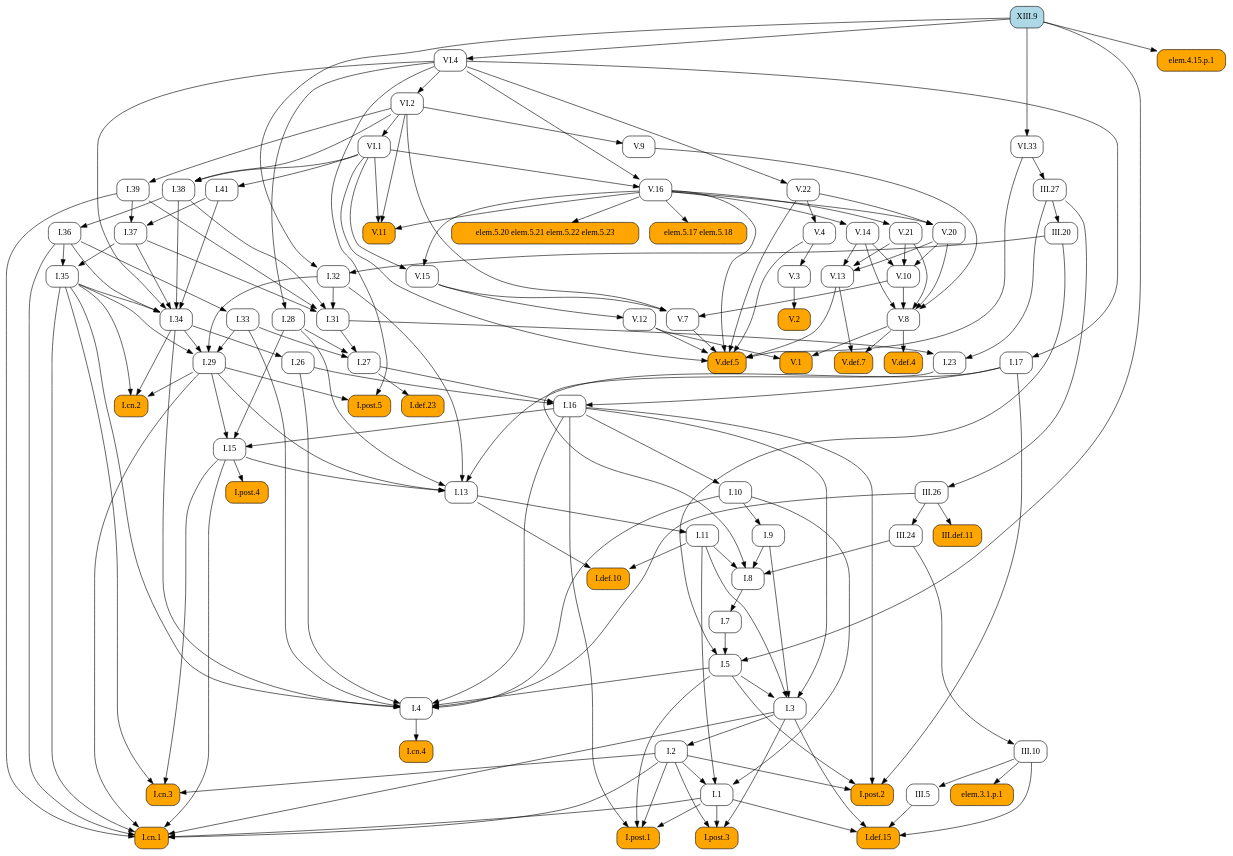
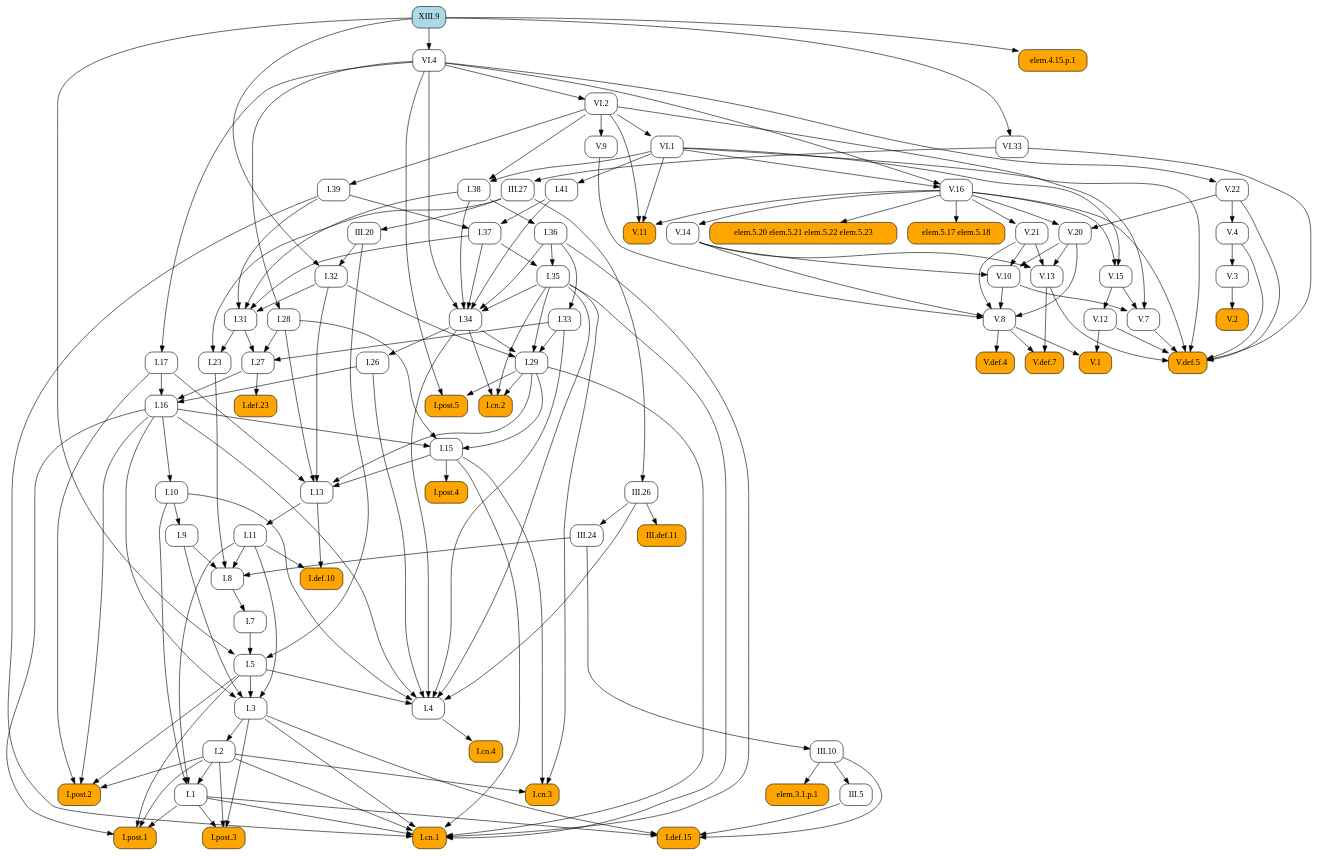
Before and after one commit to geometor/elements: the diagram in docsrc/heath/XIII/9/index.rst, drawn with Graphviz. The commit also changed other lines of this file and 1029 other files, not shown here.

```diff
--- a/docsrc/heath/XIII/9/index.rst
+++ b/docsrc/heath/XIII/9/index.rst
@@ -53,131 +53,216 @@
    digraph {
      rankdir="TB";
      node [shape=box, style=rounded];
+     "I.def.10" [style="rounded,filled", fillcolor=orange, URL="/heath/I/def.10/", target="_top"];
+     "I.11" [URL="/heath/I/11/", target="_top"];
+     "I.post.4" [style="rounded,filled", fillcolor=orange, URL="/heath/I/post.4/", target="_top"];
+     "I.28" [URL="/heath/I/28/", target="_top"];
+     "I.1" [URL="/heath/I/1/", target="_top"];
+     "elem.4.15.p.1" [style="rounded,filled", fillcolor=orange];
+     "V.def.5" [style="rounded,filled", fillcolor=orange, URL="/heath/V/def.5/", target="_top"];
+     "III.20" [URL="/heath/III/20/", target="_top"];
+     "V.13" [URL="/heath/V/13/", target="_top"];
+     "V.11" [style="rounded,filled", fillcolor=orange, URL="/heath/V/11/", target="_top"];
+     "III.def.11" [style="rounded,filled", fillcolor=orange, URL="/heath/III/def.11/", target="_top"];
+     "I.post.3" [style="rounded,filled", fillcolor=orange, URL="/heath/I/post.3/", target="_top"];
+     "VI.1" [URL="/heath/VI/1/", target="_top"];
+     "I.cn.3" [style="rounded,filled", fillcolor=orange, URL="/heath/I/cn.3/", target="_top"];
+     "V.16" [URL="/heath/V/16/", target="_top"];
+     "VI.4" [URL="/heath/VI/4/", target="_top"];
+     "V.3" [URL="/heath/V/3/", target="_top"];
+     "XIII.9" [style="rounded,filled", fillcolor=lightblue, URL="/heath/XIII/9/", target="_top"];
+     "VI.33" [URL="/heath/VI/33/", target="_top"];
+     "V.8" [URL="/heath/V/8/", target="_top"];
+     "I.27" [URL="/heath/I/27/", target="_top"];
+     "I.36" [URL="/heath/I/36/", target="_top"];
+     "I.41" [URL="/heath/I/41/", target="_top"];
+     "I.37" [URL="/heath/I/37/", target="_top"];
+     "I.34" [URL="/heath/I/34/", target="_top"];
+     "I.2" [URL="/heath/I/2/", target="_top"];
+     "I.def.23" [style="rounded,filled", fillcolor=orange, URL="/heath/I/def.23/", target="_top"];
+     "I.17" [URL="/heath/I/17/", target="_top"];
+     "I.33" [URL="/heath/I/33/", target="_top"];
+     "I.post.2" [style="rounded,filled", fillcolor=orange, URL="/heath/I/post.2/", target="_top"];
+     "elem.5.20 elem.5.21 elem.5.22 elem.5.23" [style="rounded,filled", fillcolor=orange];
+     "I.9" [URL="/heath/I/9/", target="_top"];
+     "I.32" [URL="/heath/I/32/", target="_top"];
+     "I.cn.4" [style="rounded,filled", fillcolor=orange, URL="/heath/I/cn.4/", target="_top"];
+     "V.def.4" [style="rounded,filled", fillcolor=orange, URL="/heath/V/def.4/", target="_top"];
+     "I.15" [URL="/heath/I/15/", target="_top"];
+     "I.38" [URL="/heath/I/38/", target="_top"];
+     "V.def.7" [style="rounded,filled", fillcolor=orange, URL="/heath/V/def.7/", target="_top"];
+     "I.5" [URL="/heath/I/5/", target="_top"];
+     "III.5" [URL="/heath/III/5/", target="_top"];
+     "V.21" [URL="/heath/V/21/", target="_top"];
+     "I.39" [URL="/heath/I/39/", target="_top"];
+     "I.26" [URL="/heath/I/26/", target="_top"];
+     "III.26" [URL="/heath/III/26/", target="_top"];
+     "V.14" [URL="/heath/V/14/", target="_top"];
+     "I.29" [URL="/heath/I/29/", target="_top"];
+     "elem.3.1.p.1" [style="rounded,filled", fillcolor=orange];
+     "V.22" [URL="/heath/V/22/", target="_top"];
+     "V.12" [URL="/heath/V/12/", target="_top"];
+     "I.cn.2" [style="rounded,filled", fillcolor=orange, URL="/heath/I/cn.2/", target="_top"];
+     "V.20" [URL="/heath/V/20/", target="_top"];
+     "V.10" [URL="/heath/V/10/", target="_top"];
+     "VI.2" [URL="/heath/VI/2/", target="_top"];
+     "I.def.15" [style="rounded,filled", fillcolor=orange, URL="/heath/I/def.15/", target="_top"];
+     "V.15" [URL="/heath/V/15/", target="_top"];
+     "I.cn.1" [style="rounded,filled", fillcolor=orange, URL="/heath/I/cn.1/", target="_top"];
+     "V.7" [URL="/heath/V/7/", target="_top"];
+     "V.9" [URL="/heath/V/9/", target="_top"];
+     "I.23" [URL="/heath/I/23/", target="_top"];
+     "I.post.1" [style="rounded,filled", fillcolor=orange, URL="/heath/I/post.1/", target="_top"];
+     "III.24" [URL="/heath/III/24/", target="_top"];
+     "I.35" [URL="/heath/I/35/", target="_top"];
+     "I.7" [URL="/heath/I/7/", target="_top"];
+     "I.3" [URL="/heath/I/3/", target="_top"];
+     "I.4" [URL="/heath/I/4/", target="_top"];
+     "I.13" [URL="/heath/I/13/", target="_top"];
+     "V.4" [URL="/heath/V/4/", target="_top"];
+     "I.31" [URL="/heath/I/31/", target="_top"];
      "V.1" [style="rounded,filled", fillcolor=orange, URL="/heath/V/1/", target="_top"];
-     "I.29" [URL="/heath/I/29/", target="_top"];
-     "I.7" [URL="/heath/I/7/", target="_top"];
-     "I.27" [URL="/heath/I/27/", target="_top"];
-     "I.def.23" [style="rounded,filled", fillcolor=orange, URL="/heath/I/def.23/", target="_top"];
-     "V.20" [URL="/heath/V/20/", target="_top"];
-     "I.34" [URL="/heath/I/34/", target="_top"];
+     "I.16" [URL="/heath/I/16/", target="_top"];
+     "III.10" [URL="/heath/III/10/", target="_top"];
+     "elem.5.17 elem.5.18" [style="rounded,filled", fillcolor=orange];
+     "III.27" [URL="/heath/III/27/", target="_top"];
      "I.8" [URL="/heath/I/8/", target="_top"];
      "V.2" [style="rounded,filled", fillcolor=orange, URL="/heath/V/2/", target="_top"];
-     "III.10" [URL="/heath/III/10/", target="_top"];
-     "I.9" [URL="/heath/I/9/", target="_top"];
-     "V.22" [URL="/heath/V/22/", target="_top"];
-     "III.20" [URL="/heath/III/20/", target="_top"];
-     "I.2" [URL="/heath/I/2/", target="_top"];
-     "I.post.4" [style="rounded,filled", fillcolor=orange, URL="/heath/I/post.4/", target="_top"];
-     "V.4" [URL="/heath/V/4/", target="_top"];
-     "I.28" [URL="/heath/I/28/", target="_top"];
-     "III.27" [URL="/heath/III/27/", target="_top"];
-     "VI.4" [URL="/heath/VI/4/", target="_top"];
-     "I.cn.4" [style="rounded,filled", fillcolor=orange, URL="/heath/I/cn.4/", target="_top"];
-     "VI.2" [URL="/heath/VI/2/", target="_top"];
-     "elem.5.20 elem.5.21 elem.5.22 elem.5.23" [style="rounded,filled", fillcolor=orange];
-     "I.23" [URL="/heath/I/23/", target="_top"];
-     "I.13" [URL="/heath/I/13/", target="_top"];
-     "I.5" [URL="/heath/I/5/", target="_top"];
-     "I.11" [URL="/heath/I/11/", target="_top"];
-     "I.4" [URL="/heath/I/4/", target="_top"];
-     "I.def.10" [style="rounded,filled", fillcolor=orange, URL="/heath/I/def.10/", target="_top"];
-     "III.24" [URL="/heath/III/24/", target="_top"];
-     "I.post.3" [style="rounded,filled", fillcolor=orange, URL="/heath/I/post.3/", target="_top"];
-     "V.9" [URL="/heath/V/9/", target="_top"];
-     "elem.5.17 elem.5.18" [style="rounded,filled", fillcolor=orange];
-     "V.3" [URL="/heath/V/3/", target="_top"];
-     "I.36" [URL="/heath/I/36/", target="_top"];
-     "V.12" [URL="/heath/V/12/", target="_top"];
-     "I.15" [URL="/heath/I/15/", target="_top"];
-     "I.17" [URL="/heath/I/17/", target="_top"];
-     "I.32" [URL="/heath/I/32/", target="_top"];
-     "I.41" [URL="/heath/I/41/", target="_top"];
-     "V.def.5" [style="rounded,filled", fillcolor=orange, URL="/heath/V/def.5/", target="_top"];
-     "I.cn.3" [style="rounded,filled", fillcolor=orange, URL="/heath/I/cn.3/", target="_top"];
-     "III.def.11" [style="rounded,filled", fillcolor=orange, URL="/heath/III/def.11/", target="_top"];
-     "V.16" [URL="/heath/V/16/", target="_top"];
-     "I.38" [URL="/heath/I/38/", target="_top"];
-     "V.15" [URL="/heath/V/15/", target="_top"];
-     "V.def.4" [style="rounded,filled", fillcolor=orange, URL="/heath/V/def.4/", target="_top"];
-     "V.21" [URL="/heath/V/21/", target="_top"];
-     "V.8" [URL="/heath/V/8/", target="_top"];
-     "I.def.15" [style="rounded,filled", fillcolor=orange, URL="/heath/I/def.15/", target="_top"];
-     "V.7" [URL="/heath/V/7/", target="_top"];
-     "I.1" [URL="/heath/I/1/", target="_top"];
-     "I.post.1" [style="rounded,filled", fillcolor=orange, URL="/heath/I/post.1/", target="_top"];
-     "V.13" [URL="/heath/V/13/", target="_top"];
-     "I.26" [URL="/heath/I/26/", target="_top"];
-     "I.33" [URL="/heath/I/33/", target="_top"];
-     "elem.3.1.p.1" [style="rounded,filled", fillcolor=orange];
-     "VI.33" [URL="/heath/VI/33/", target="_top"];
-     "V.def.7" [style="rounded,filled", fillcolor=orange, URL="/heath/V/def.7/", target="_top"];
-     "I.39" [URL="/heath/I/39/", target="_top"];
-     "III.5" [URL="/heath/III/5/", target="_top"];
-     "I.cn.2" [style="rounded,filled", fillcolor=orange, URL="/heath/I/cn.2/", target="_top"];
-     "XIII.9" [style="rounded,filled", fillcolor=lightblue, URL="/heath/XIII/9/", target="_top"];
-     "V.10" [URL="/heath/V/10/", target="_top"];
+     "I.post.5" [style="rounded,filled", fillcolor=orange, URL="/heath/I/post.5/", target="_top"];
      "I.10" [URL="/heath/I/10/", target="_top"];
-     "I.3" [URL="/heath/I/3/", target="_top"];
-     "I.16" [URL="/heath/I/16/", target="_top"];
-     "III.26" [URL="/heath/III/26/", target="_top"];
-     "I.31" [URL="/heath/I/31/", target="_top"];
-     "V.11" [style="rounded,filled", fillcolor=orange, URL="/heath/V/11/", target="_top"];
-     "I.post.2" [style="rounded,filled", fillcolor=orange, URL="/heath/I/post.2/", target="_top"];
-     "I.post.5" [style="rounded,filled", fillcolor=orange, URL="/heath/I/post.5/", target="_top"];
-     "VI.1" [URL="/heath/VI/1/", target="_top"];
-     "I.35" [URL="/heath/I/35/", target="_top"];
-     "I.cn.1" [style="rounded,filled", fillcolor=orange, URL="/heath/I/cn.1/", target="_top"];
-     "elem.4.15.p.1" [style="rounded,filled", fillcolor=orange];
-     "I.37" [URL="/heath/I/37/", target="_top"];
-     "V.14" [URL="/heath/V/14/", target="_top"];
-     "V.8" -> "V.1";
-     "V.12" -> "V.1";
-     "I.32" -> "I.29";
-     "I.33" -> "I.29";
-     "I.34" -> "I.29";
-     "I.35" -> "I.29";
-     "I.8" -> "I.7";
+     "I.11" -> "I.def.10";
+     "I.13" -> "I.def.10";
+     "I.13" -> "I.11";
+     "I.15" -> "I.post.4";
+     "VI.4" -> "I.28";
+     "I.2" -> "I.1";
+     "I.10" -> "I.1";
+     "I.11" -> "I.1";
+     "XIII.9" -> "elem.4.15.p.1";
+     "V.4" -> "V.def.5";
+     "V.7" -> "V.def.5";
+     "V.12" -> "V.def.5";
+     "V.13" -> "V.def.5";
+     "V.16" -> "V.def.5";
+     "V.22" -> "V.def.5";
+     "VI.1" -> "V.def.5";
+     "VI.33" -> "V.def.5";
+     "III.27" -> "III.20";
+     "V.14" -> "V.13";
+     "V.20" -> "V.13";
+     "V.21" -> "V.13";
+     "V.16" -> "V.11";
+     "VI.1" -> "V.11";
+     "VI.2" -> "V.11";
+     "III.26" -> "III.def.11";
+     "I.1" -> "I.post.3";
+     "I.2" -> "I.post.3";
+     "I.3" -> "I.post.3";
+     "VI.2" -> "VI.1";
+     "I.2" -> "I.cn.3";
+     "I.15" -> "I.cn.3";
+     "I.35" -> "I.cn.3";
+     "VI.1" -> "V.16";
+     "VI.4" -> "V.16";
+     "XIII.9" -> "VI.4";
+     "V.4" -> "V.3";
+     "XIII.9" -> "VI.33";
+     "V.9" -> "V.8";
+     "V.10" -> "V.8";
+     "V.14" -> "V.8";
+     "V.20" -> "V.8";
+     "V.21" -> "V.8";
      "I.28" -> "I.27";
      "I.31" -> "I.27";
      "I.33" -> "I.27";
-     "I.27" -> "I.def.23";
-     "V.16" -> "V.20";
-     "V.22" -> "V.20";
+     "I.38" -> "I.36";
+     "VI.1" -> "I.41";
+     "I.39" -> "I.37";
+     "I.41" -> "I.37";
      "I.35" -> "I.34";
      "I.36" -> "I.34";
      "I.37" -> "I.34";
      "I.38" -> "I.34";
      "I.41" -> "I.34";
      "VI.4" -> "I.34";
-     "I.9" -> "I.8";
-     "I.11" -> "I.8";
-     "I.23" -> "I.8";
-     "III.24" -> "I.8";
-     "V.3" -> "V.2";
-     "III.24" -> "III.10";
+     "I.3" -> "I.2";
+     "I.27" -> "I.def.23";
+     "VI.4" -> "I.17";
+     "I.36" -> "I.33";
+     "I.2" -> "I.post.2";
+     "I.5" -> "I.post.2";
+     "I.16" -> "I.post.2";
+     "I.17" -> "I.post.2";
+     "V.16" -> "elem.5.20 elem.5.21 elem.5.22 elem.5.23";
      "I.10" -> "I.9";
-     "VI.4" -> "V.22";
-     "III.27" -> "III.20";
-     "I.3" -> "I.2";
-     "I.15" -> "I.post.4";
-     "V.22" -> "V.4";
-     "VI.4" -> "I.28";
-     "VI.33" -> "III.27";
-     "XIII.9" -> "VI.4";
+     "III.20" -> "I.32";
+     "XIII.9" -> "I.32";
      "I.4" -> "I.cn.4";
-     "VI.4" -> "VI.2";
-     "V.16" -> "elem.5.20 elem.5.21 elem.5.22 elem.5.23";
-     "I.31" -> "I.23";
-     "III.27" -> "I.23";
-     "I.15" -> "I.13";
-     "I.17" -> "I.13";
-     "I.28" -> "I.13";
-     "I.29" -> "I.13";
-     "I.32" -> "I.13";
+     "V.8" -> "V.def.4";
+     "I.16" -> "I.15";
+     "I.28" -> "I.15";
+     "I.29" -> "I.15";
+     "VI.1" -> "I.38";
+     "VI.2" -> "I.38";
+     "V.8" -> "V.def.7";
+     "V.13" -> "V.def.7";
      "I.7" -> "I.5";
      "III.20" -> "I.5";
      "XIII.9" -> "I.5";
-     "I.13" -> "I.11";
+     "III.10" -> "III.5";
+     "V.16" -> "V.21";
+     "VI.2" -> "I.39";
+     "I.34" -> "I.26";
+     "III.27" -> "III.26";
+     "V.16" -> "V.14";
+     "I.32" -> "I.29";
+     "I.33" -> "I.29";
+     "I.34" -> "I.29";
+     "I.35" -> "I.29";
+     "III.10" -> "elem.3.1.p.1";
+     "VI.4" -> "V.22";
+     "V.15" -> "V.12";
+     "I.29" -> "I.cn.2";
+     "I.34" -> "I.cn.2";
+     "I.35" -> "I.cn.2";
+     "V.16" -> "V.20";
+     "V.22" -> "V.20";
+     "V.14" -> "V.10";
+     "V.20" -> "V.10";
+     "V.21" -> "V.10";
+     "VI.4" -> "VI.2";
+     "I.1" -> "I.def.15";
+     "I.3" -> "I.def.15";
+     "III.5" -> "I.def.15";
+     "III.10" -> "I.def.15";
+     "V.16" -> "V.15";
+     "VI.1" -> "V.15";
+     "I.1" -> "I.cn.1";
+     "I.2" -> "I.cn.1";
+     "I.3" -> "I.cn.1";
+     "I.15" -> "I.cn.1";
+     "I.29" -> "I.cn.1";
+     "I.35" -> "I.cn.1";
+     "I.36" -> "I.cn.1";
+     "I.39" -> "I.cn.1";
+     "V.10" -> "V.7";
+     "V.15" -> "V.7";
+     "VI.2" -> "V.7";
+     "VI.2" -> "V.9";
+     "I.31" -> "I.23";
+     "III.27" -> "I.23";
+     "I.1" -> "I.post.1";
+     "I.2" -> "I.post.1";
+     "I.5" -> "I.post.1";
+     "I.16" -> "I.post.1";
+     "III.26" -> "III.24";
+     "I.36" -> "I.35";
+     "I.37" -> "I.35";
+     "I.8" -> "I.7";
+     "I.5" -> "I.3";
+     "I.9" -> "I.3";
+     "I.11" -> "I.3";
+     "I.16" -> "I.3";
      "I.5" -> "I.4";
      "I.10" -> "I.4";
      "I.16" -> "I.4";
@@ -186,115 +271,30 @@
      "I.34" -> "I.4";
      "I.35" -> "I.4";
      "III.26" -> "I.4";
-     "I.11" -> "I.def.10";
-     "I.13" -> "I.def.10";
-     "III.26" -> "III.24";
-     "I.1" -> "I.post.3";
-     "I.2" -> "I.post.3";
-     "I.3" -> "I.post.3";
-     "VI.2" -> "V.9";
-     "V.16" -> "elem.5.17 elem.5.18";
-     "V.4" -> "V.3";
-     "I.38" -> "I.36";
-     "V.15" -> "V.12";
-     "I.16" -> "I.15";
-     "I.28" -> "I.15";
-     "I.29" -> "I.15";
-     "VI.4" -> "I.17";
-     "III.20" -> "I.32";
-     "XIII.9" -> "I.32";
-     "VI.1" -> "I.41";
-     "V.4" -> "V.def.5";
-     "V.7" -> "V.def.5";
-     "V.12" -> "V.def.5";
-     "V.13" -> "V.def.5";
-     "V.16" -> "V.def.5";
-     "V.22" -> "V.def.5";
-     "VI.1" -> "V.def.5";
-     "VI.33" -> "V.def.5";
-     "I.2" -> "I.cn.3";
-     "I.15" -> "I.cn.3";
-     "I.35" -> "I.cn.3";
-     "III.26" -> "III.def.11";
-     "VI.1" -> "V.16";
-     "VI.4" -> "V.16";
-     "VI.1" -> "I.38";
-     "VI.2" -> "I.38";
-     "V.16" -> "V.15";
-     "VI.1" -> "V.15";
-     "V.8" -> "V.def.4";
-     "V.16" -> "V.21";
-     "V.9" -> "V.8";
-     "V.10" -> "V.8";
-     "V.14" -> "V.8";
-     "V.20" -> "V.8";
-     "V.21" -> "V.8";
-     "I.1" -> "I.def.15";
-     "I.3" -> "I.def.15";
-     "III.5" -> "I.def.15";
-     "III.10" -> "I.def.15";
-     "V.10" -> "V.7";
-     "V.15" -> "V.7";
-     "VI.2" -> "V.7";
-     "I.2" -> "I.1";
-     "I.10" -> "I.1";
-     "I.11" -> "I.1";
-     "I.1" -> "I.post.1";
-     "I.2" -> "I.post.1";
-     "I.5" -> "I.post.1";
-     "I.16" -> "I.post.1";
-     "V.14" -> "V.13";
-     "V.20" -> "V.13";
-     "V.21" -> "V.13";
-     "I.34" -> "I.26";
-     "I.36" -> "I.33";
-     "III.10" -> "elem.3.1.p.1";
-     "XIII.9" -> "VI.33";
-     "V.8" -> "V.def.7";
-     "V.13" -> "V.def.7";
-     "VI.2" -> "I.39";
-     "III.10" -> "III.5";
-     "I.29" -> "I.cn.2";
-     "I.34" -> "I.cn.2";
-     "I.35" -> "I.cn.2";
-     "V.14" -> "V.10";
-     "V.20" -> "V.10";
-     "V.21" -> "V.10";
-     "I.16" -> "I.10";
-     "I.5" -> "I.3";
-     "I.9" -> "I.3";
-     "I.11" -> "I.3";
-     "I.16" -> "I.3";
-     "I.17" -> "I.16";
-     "I.26" -> "I.16";
-     "I.27" -> "I.16";
-     "III.27" -> "III.26";
+     "I.15" -> "I.13";
+     "I.17" -> "I.13";
+     "I.28" -> "I.13";
+     "I.29" -> "I.13";
+     "I.32" -> "I.13";
+     "V.22" -> "V.4";
      "I.32" -> "I.31";
      "I.37" -> "I.31";
      "I.38" -> "I.31";
      "I.39" -> "I.31";
-     "V.16" -> "V.11";
-     "VI.1" -> "V.11";
-     "VI.2" -> "V.11";
-     "I.2" -> "I.post.2";
-     "I.5" -> "I.post.2";
-     "I.16" -> "I.post.2";
-     "I.17" -> "I.post.2";
+     "V.8" -> "V.1";
+     "V.12" -> "V.1";
+     "I.17" -> "I.16";
+     "I.26" -> "I.16";
+     "I.27" -> "I.16";
+     "III.24" -> "III.10";
+     "V.16" -> "elem.5.17 elem.5.18";
+     "VI.33" -> "III.27";
+     "I.9" -> "I.8";
+     "I.11" -> "I.8";
+     "I.23" -> "I.8";
+     "III.24" -> "I.8";
+     "V.3" -> "V.2";
      "I.29" -> "I.post.5";
      "VI.4" -> "I.post.5";
-     "VI.2" -> "VI.1";
-     "I.36" -> "I.35";
-     "I.37" -> "I.35";
-     "I.1" -> "I.cn.1";
-     "I.2" -> "I.cn.1";
-     "I.3" -> "I.cn.1";
-     "I.15" -> "I.cn.1";
-     "I.29" -> "I.cn.1";
-     "I.35" -> "I.cn.1";
-     "I.36" -> "I.cn.1";
-     "I.39" -> "I.cn.1";
-     "XIII.9" -> "elem.4.15.p.1";
-     "I.39" -> "I.37";
-     "I.41" -> "I.37";
-     "V.16" -> "V.14";
+     "I.16" -> "I.10";
    }
```
